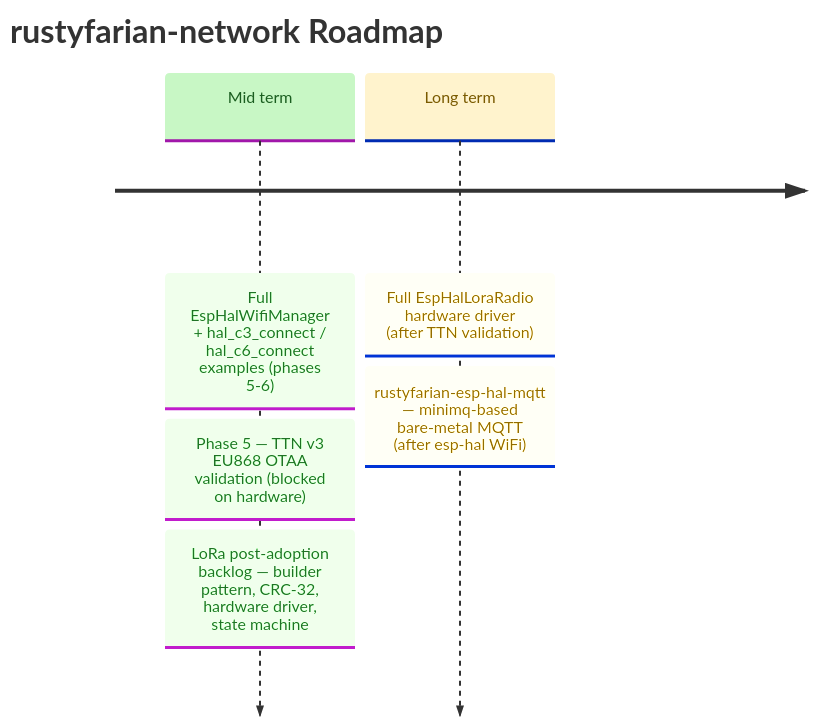
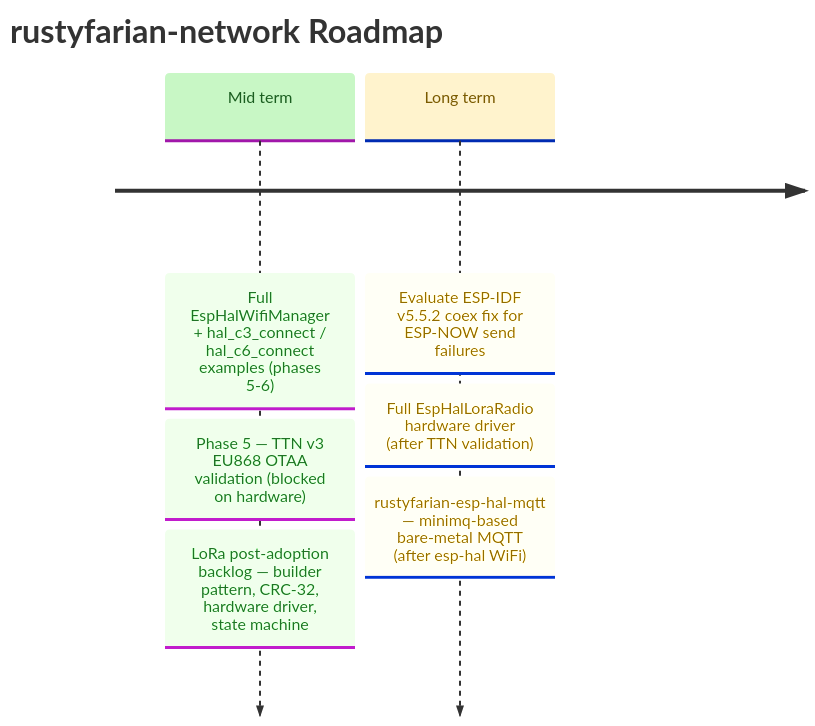
The diagram in docs/ROADMAP.md (datenkollektiv/rustyfarian-network), drawn with Mermaid before and after one commit. The commit also changed other lines of this file and 4 other files, not shown here.

````diff
--- a/docs/ROADMAP.md
+++ b/docs/ROADMAP.md
@@ -8,23 +8,24 @@
 ```mermaid
 %%{init: {
   "theme": "base",
   "themeVariables": {
     "cScale0": "#c8f7c5",
     "cScaleLabel0": "#1b5e20",
     "cScale1": "#fff3cd",
     "cScaleLabel1": "#7a5a00",
     "cScale2": "#e3f2fd",
     "cScaleLabel2": "#0d47a1"
   }
 }}%%
 
 timeline
     title rustyfarian-network Roadmap
 
     Mid term  : Full EspHalWifiManager + hal_c3_connect / hal_c6_connect examples (phases 5-6)
               : Phase 5 — TTN v3 EU868 OTAA validation (blocked on hardware)
               : LoRa post-adoption backlog — builder pattern, CRC-32, hardware driver, state machine
 
-    Long term : Full EspHalLoraRadio hardware driver (after TTN validation)
+    Long term : Evaluate ESP-IDF v5.5.2 coex fix for ESP-NOW send failures
+              : Full EspHalLoraRadio hardware driver (after TTN validation)
               : rustyfarian-esp-hal-mqtt — minimq-based bare-metal MQTT (after esp-hal WiFi)
 ```
````
